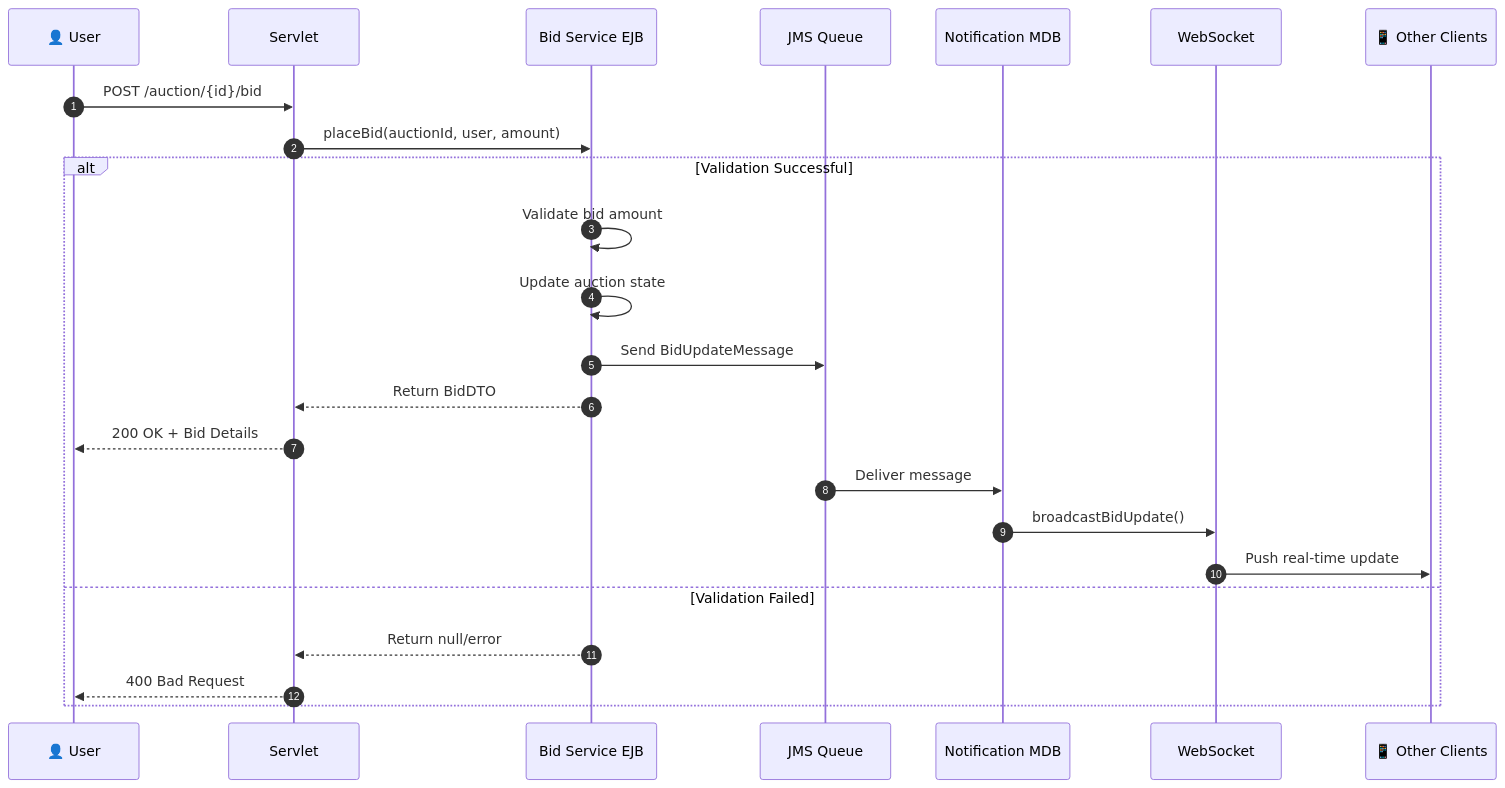
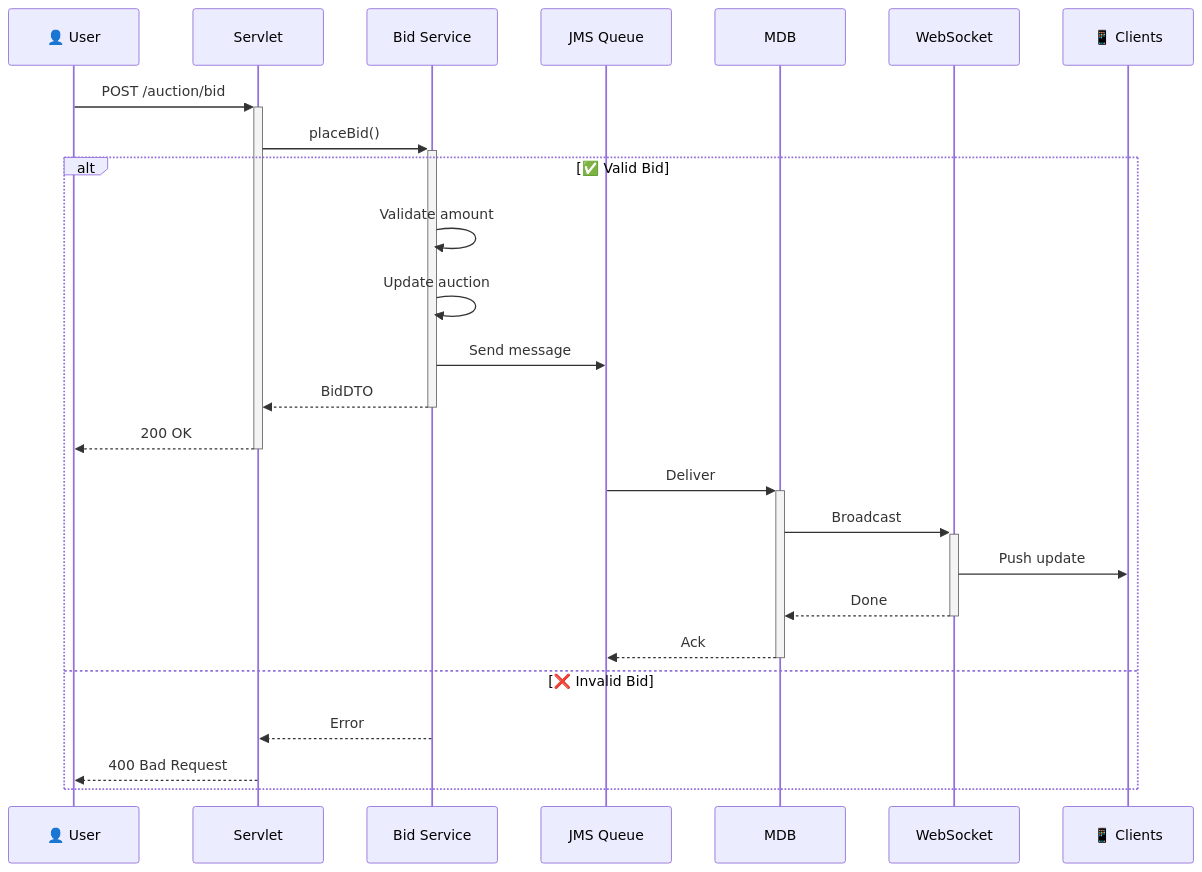
One commit to isharax9/AuctionSystem changed the second of 4 diagrams in README.md. Above: the diagram before and after it, drawn with Mermaid. The commit also changed other lines of this file, not shown here.

Commit message:
refactor: simplify mermaid diagrams and enhance readability in README.md

````diff
--- a/README.md
+++ b/README.md
@@ -143,29 +140,30 @@
 ```mermaid
 sequenceDiagram
-    autonumber
-    participant User as 👤 User
-    participant Servlet as Servlet
-    participant BidService as Bid Service EJB
-    participant JMS as JMS Queue
-    participant MDB as Notification MDB
-    participant WebSocket as WebSocket
-    participant Clients as 📱 Other Clients
+    participant U as 👤 User
+    participant S as Servlet
+    participant B as Bid Service
+    participant J as JMS Queue
+    participant M as MDB
+    participant W as WebSocket
+    participant C as 📱 Clients
     
-    User->>Servlet: POST /auction/{id}/bid
-    Servlet->>BidService: placeBid(auctionId, user, amount)
+    U->>+S: POST /auction/bid
+    S->>+B: placeBid()
     
-    alt Validation Successful
-        BidService->>BidService: Validate bid amount
-        BidService->>BidService: Update auction state
-        BidService->>JMS: Send BidUpdateMessage
-        BidService-->>Servlet: Return BidDTO
-        Servlet-->>User: 200 OK + Bid Details
+    alt ✅ Valid Bid
+        B->>B: Validate amount
+        B->>B: Update auction
+        B->>J: Send message
+        B-->>-S: BidDTO
+        S-->>-U: 200 OK
         
-        JMS->>MDB: Deliver message
-        MDB->>WebSocket: broadcastBidUpdate()
-        WebSocket->>Clients: Push real-time update
-    else Validation Failed
-        BidService-->>Servlet: Return null/error
-        Servlet-->>User: 400 Bad Request
+        J->>+M: Deliver
+        M->>+W: Broadcast
+        W->>C: Push update
+        W-->>-M: Done
+        M-->>-J: Ack
+    else ❌ Invalid Bid
+        B-->>S: Error
+        S-->>U: 400 Bad Request
     end
 ```
````
